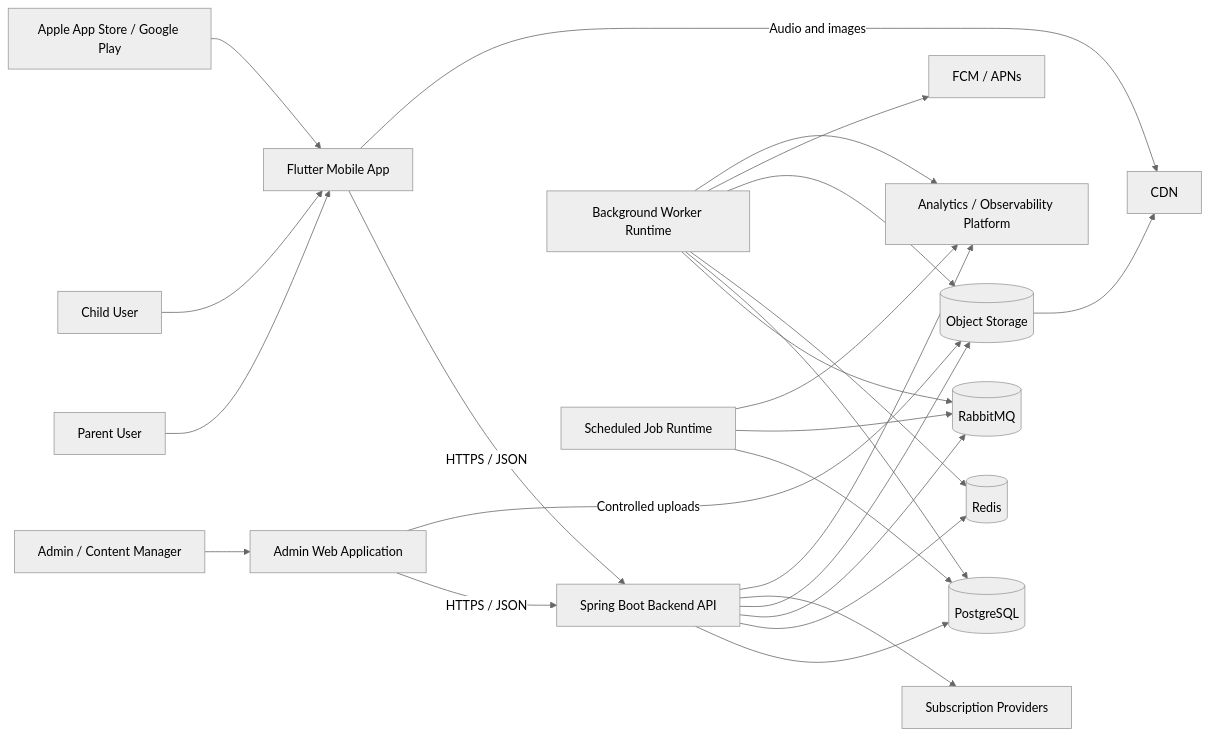
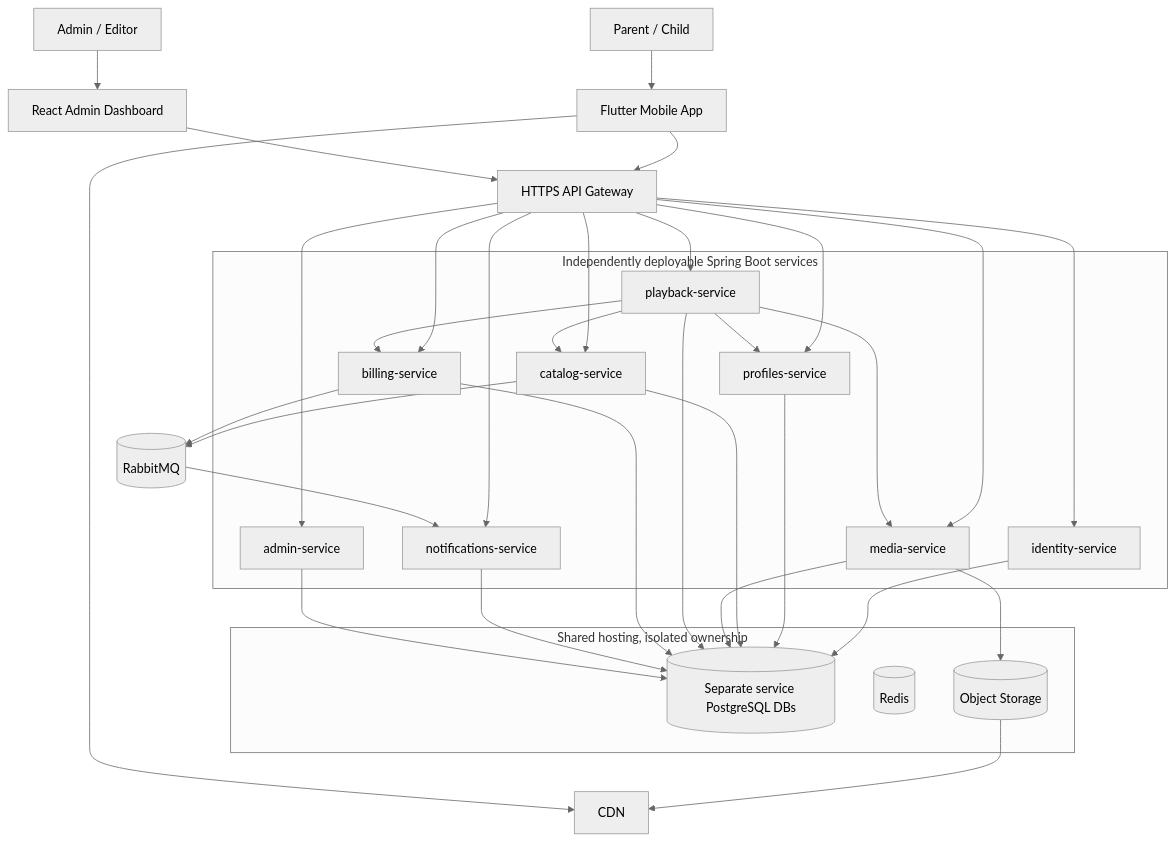
Before and after one commit to IoanMarian08/KidsAudioBookPlatform: the first of 3 diagrams in docs/03_Architecture/C4_Model/02_Container_Diagram.md, drawn with Mermaid (neutral theme). The commit also changed other lines of this file and 1 other file, not shown here.

Commit message:
docs(c4): replace single-backend container and deployment diagrams with microservices

````diff
--- a/docs/03_Architecture/C4_Model/02_Container_Diagram.md
+++ b/docs/03_Architecture/C4_Model/02_Container_Diagram.md
@@ -16,54 +16,48 @@
-```mermaid
-flowchart LR
-    Parent[Parent User]
-    Child[Child User]
-    Admin[Admin / Content Manager]
-
-    Mobile[Flutter Mobile App]
-    AdminWeb[Admin Web Application]
-    Api[Spring Boot Backend API]
-    Worker[Background Worker Runtime]
-    Scheduler[Scheduled Job Runtime]
-
-    Postgres[(PostgreSQL)]
+~~~mermaid
+flowchart TB
+  Parent[Parent / Child] --> Mobile[Flutter Mobile App]
+  AdminUser[Admin / Editor] --> AdminWeb[React Admin Dashboard]
+  Mobile --> Gateway[HTTPS API Gateway]
+  AdminWeb --> Gateway
+  subgraph S[Independently deployable Spring Boot services]
+    Identity[identity-service]
+    Profiles[profiles-service]
+    Catalog[catalog-service]
+    Media[media-service]
+    Playback[playback-service]
+    Billing[billing-service]
+    Notifications[notifications-service]
+    Admin[admin-service]
+  end
+  Gateway --> Identity
+  Gateway --> Profiles
+  Gateway --> Catalog
+  Gateway --> Media
+  Gateway --> Playback
+  Gateway --> Billing
+  Gateway --> Notifications
+  Gateway --> Admin
+  Playback --> Profiles
+  Playback --> Catalog
+  Playback --> Billing
+  Playback --> Media
+  Catalog --> MQ[(RabbitMQ)]
+  Billing --> MQ
+  MQ --> Notifications
+  subgraph Data[Shared hosting, isolated ownership]
+    DB[(Separate service PostgreSQL DBs)]
     Redis[(Redis)]
-    Rabbit[(RabbitMQ)]
-    ObjectStorage[(Object Storage)]
-    CDN[CDN]
-
-    Store[Apple App Store / Google Play]
-    Push[FCM / APNs]
-    Payment[Subscription Providers]
-    Analytics[Analytics / Observability Platform]
-
-    Parent --> Mobile
-    Child --> Mobile
-    Admin --> AdminWeb
-
-    Mobile -->|HTTPS / JSON| Api
-    AdminWeb -->|HTTPS / JSON| Api
-
-    Api --> Postgres
-    Api --> Redis
-    Api --> Rabbit
-    Api --> ObjectStorage
-    Api --> Payment
-    Api --> Analytics
-
-    Worker --> Rabbit
-    Worker --> Postgres
-    Worker --> Redis
-    Worker --> ObjectStorage
-    Worker --> Push
-    Worker --> Analytics
-
-    Scheduler --> Postgres
-    Scheduler --> Rabbit
-    Scheduler --> Analytics
-
-    ObjectStorage --> CDN
-    Mobile -->|Audio and images| CDN
-    AdminWeb -->|Controlled uploads| ObjectStorage
-
-    Store --> Mobile
-```
+    Storage[(Object Storage)]
+  end
+  Identity --> DB
+  Profiles --> DB
+  Catalog --> DB
+  Media --> DB
+  Playback --> DB
+  Billing --> DB
+  Notifications --> DB
+  Admin --> DB
+  Media --> Storage
+  Storage --> CDN[CDN]
+  Mobile --> CDN
+~~~
````
